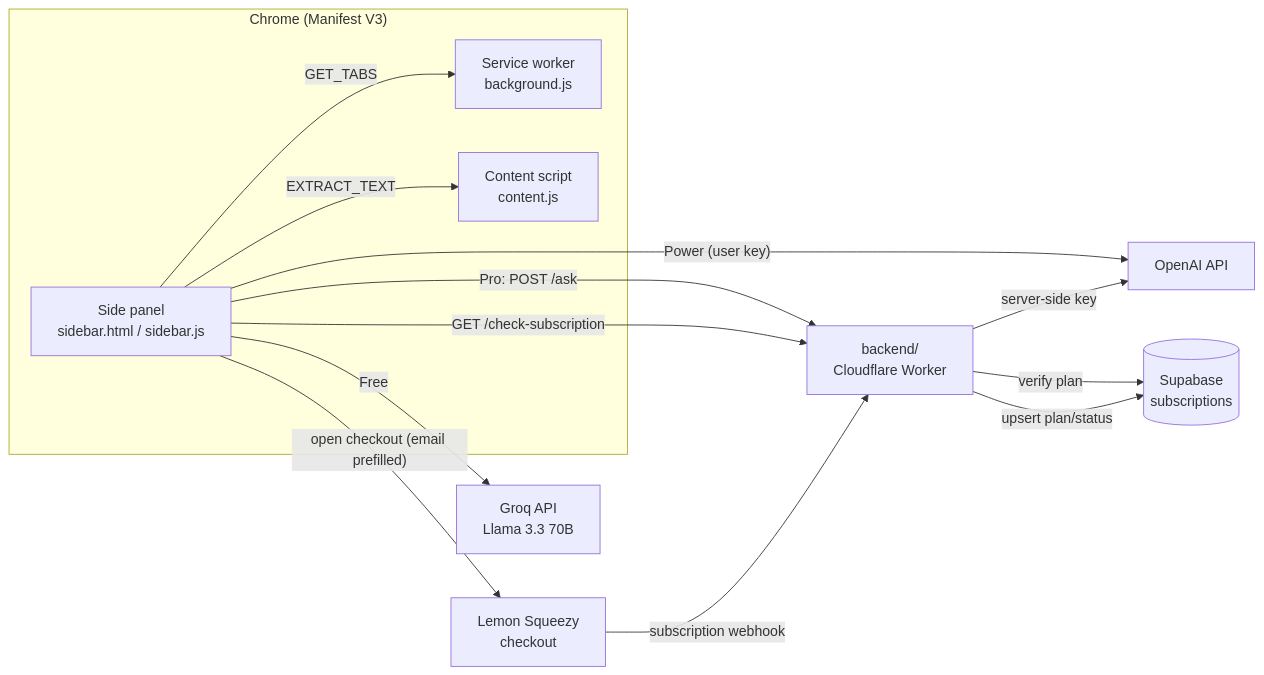
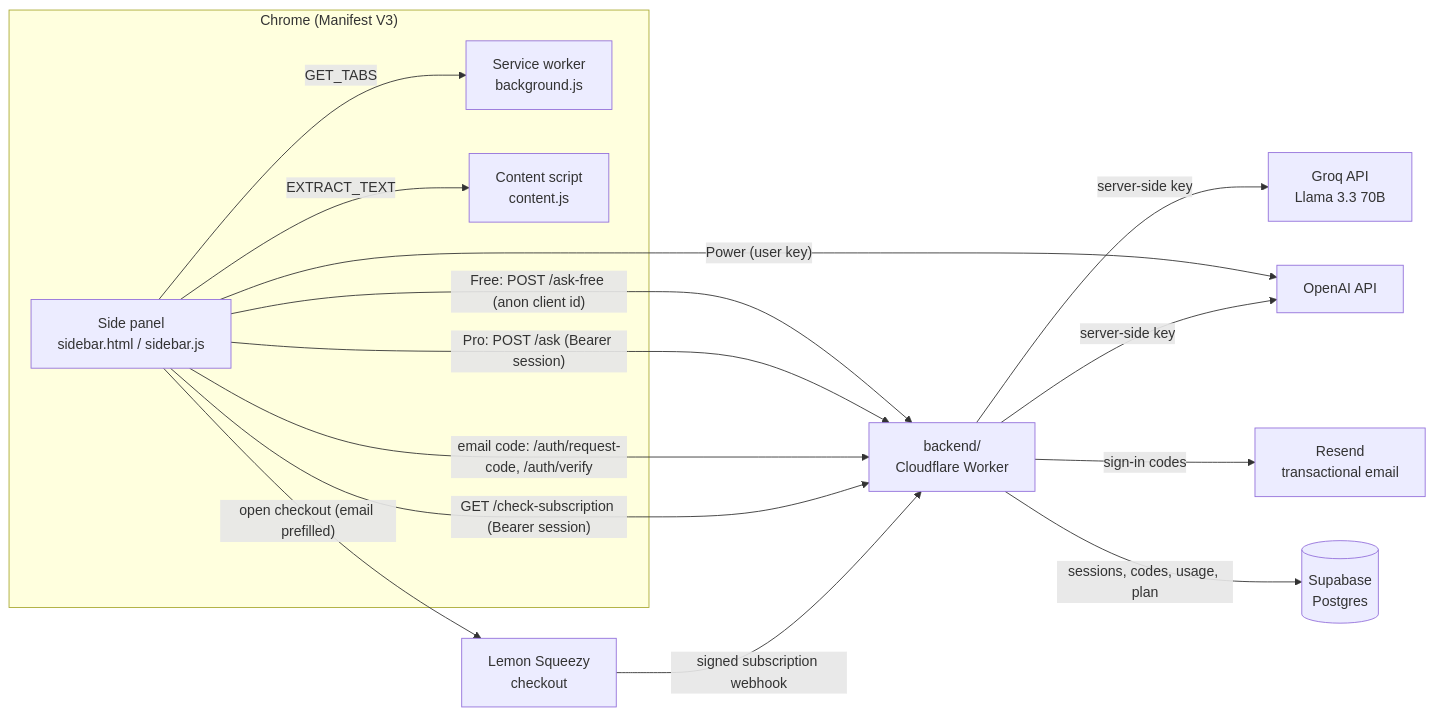
The diagram in README.md (zxvozayy/tabwise), drawn with Mermaid before and after one commit. The commit also changed other lines of this file and 13 other files, not shown here.

First line of the commit message:
fix(security): server-verified identity, signed webhook, proxied AI calls

````diff
--- a/README.md
+++ b/README.md
@@ -42,21 +42,24 @@
 ```mermaid
 flowchart LR
   subgraph Chrome["Chrome (Manifest V3)"]
     SP["Side panel<br/>sidebar.html / sidebar.js"]
     BG["Service worker<br/>background.js"]
     CS["Content script<br/>content.js"]
     SP -- GET_TABS --> BG
     SP -- EXTRACT_TEXT --> CS
   end
 
-  SP -- "Free" --> GROQ["Groq API<br/>Llama 3.3 70B"]
+  SP -- "Free: POST /ask-free (anon client id)" --> BE["backend/<br/>Cloudflare Worker"]
   SP -- "Power (user key)" --> OAI["OpenAI API"]
-  SP -- "Pro: POST /ask" --> BE["backend/<br/>Cloudflare Worker"]
-  SP -- "GET /check-subscription" --> BE
-  BE -- "verify plan" --> DB[("Supabase<br/>subscriptions")]
+  SP -- "Pro: POST /ask (Bearer session)" --> BE
+  SP -- "email code: /auth/request-code, /auth/verify" --> BE
+  SP -- "GET /check-subscription (Bearer session)" --> BE
+
+  BE -- "server-side key" --> GROQ["Groq API<br/>Llama 3.3 70B"]
   BE -- "server-side key" --> OAI
+  BE -- "sign-in codes" --> RESEND["Resend<br/>transactional email"]
+  BE -- "sessions, codes, usage, plan" --> DB[("Supabase<br/>Postgres")]
 
   SP -- "open checkout (email prefilled)" --> LS["Lemon Squeezy<br/>checkout"]
-  LS -- "subscription webhook" --> BE
-  BE -- "upsert plan/status" --> DB
+  LS -- "signed subscription webhook" --> BE
 ```
````
